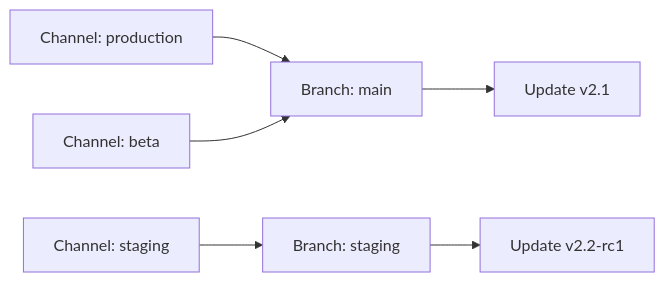
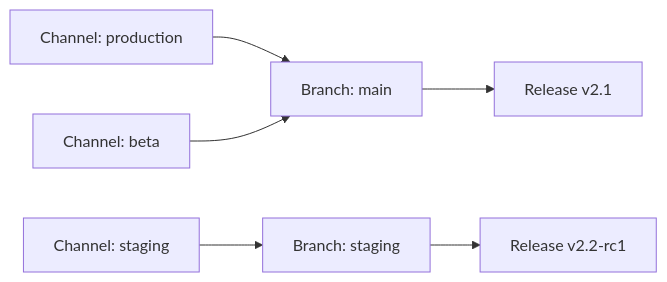
One commit to AppDispatch/docs changed the diagram in app/updates/channels/page.mdx. Above: the diagram before and after it, drawn with Mermaid. The commit also changed other lines of this file and 26 other files, not shown here.

````diff
--- a/app/updates/channels/page.mdx
+++ b/app/updates/channels/page.mdx
@@ -11,6 +11,6 @@
 ```mermaid
 flowchart LR
-  P["Channel: production"] --> M["Branch: main"] --> U1["Update v2.1"]
-  S["Channel: staging"] --> ST["Branch: staging"] --> U2["Update v2.2-rc1"]
+  P["Channel: production"] --> M["Branch: main"] --> U1["Release v2.1"]
+  S["Channel: staging"] --> ST["Branch: staging"] --> U2["Release v2.2-rc1"]
   B["Channel: beta"] --> M
 ```
````
